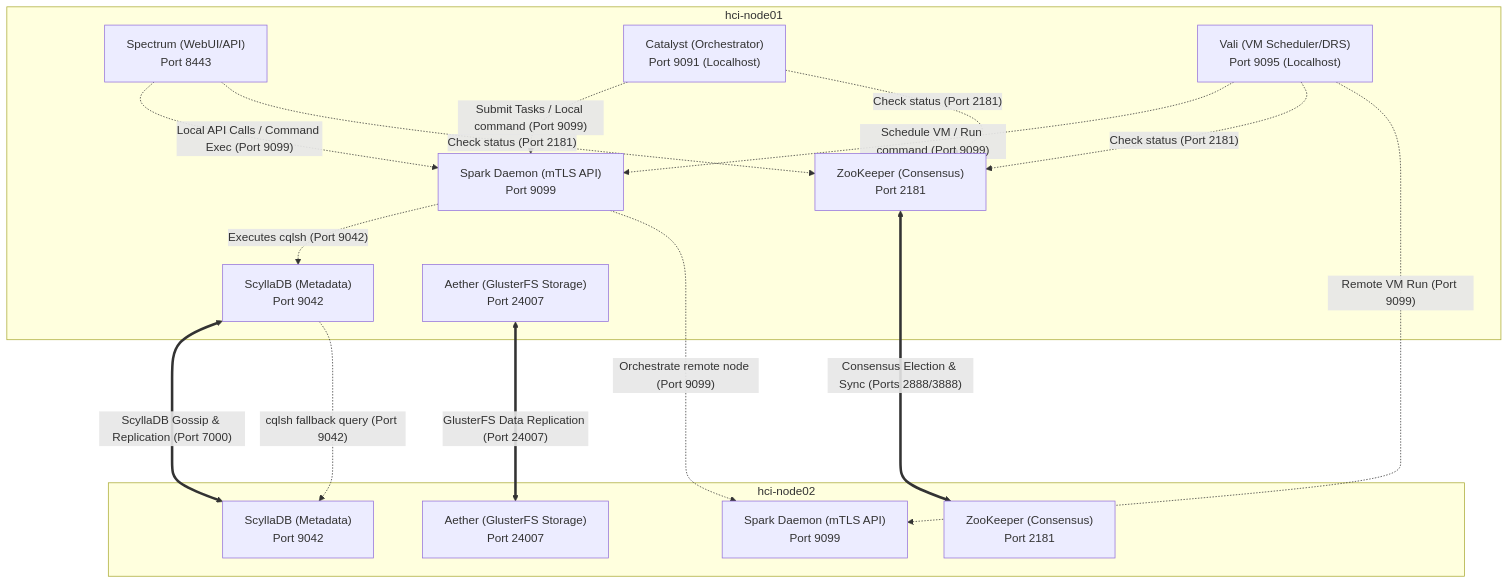
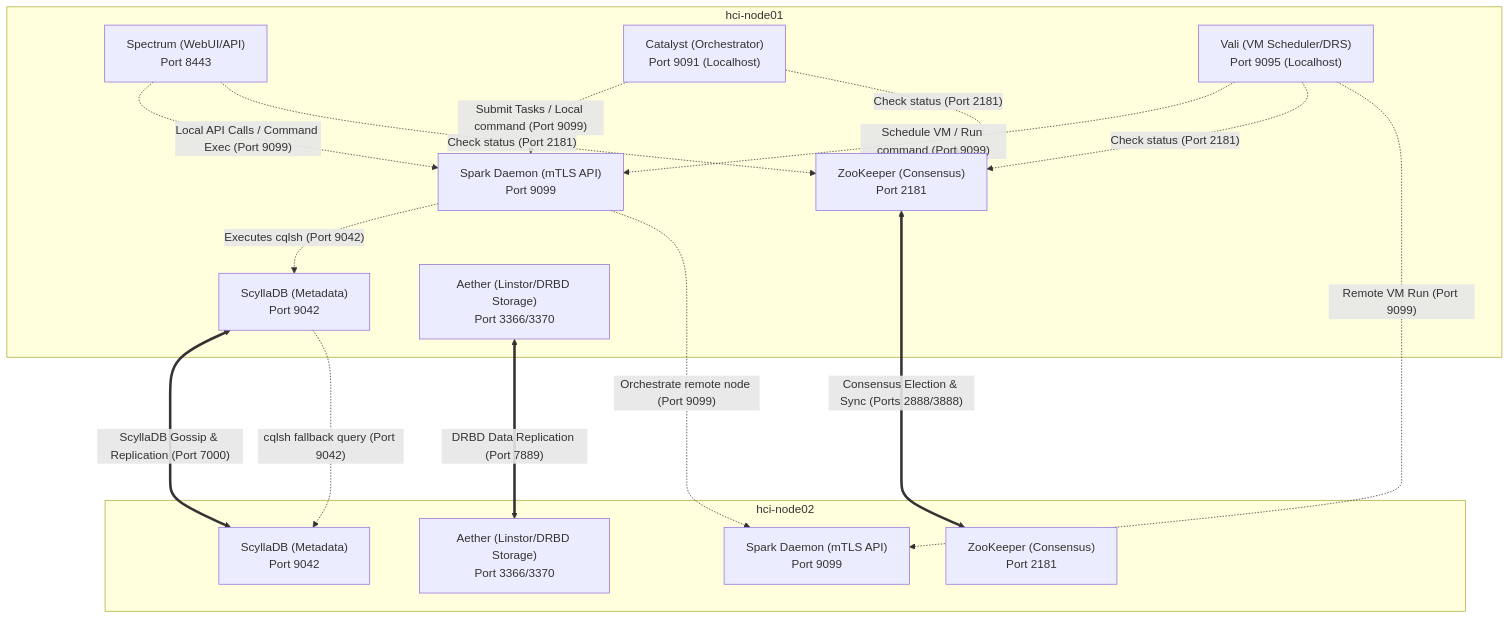
Before and after one commit to AuroraRyunix/Helios-HCI: the diagram in README.md, drawn with Mermaid. The commit also changed other lines of this file, not shown here.

Commit message:
docs: sync changes for README.md

````diff
--- a/README.md
+++ b/README.md
@@ -157,42 +157,42 @@
 ```mermaid
 flowchart TB
     subgraph Host1 [hci-node01]
         Spectrum1["Spectrum (WebUI/API)<br>Port 8443"]
         Catalyst1["Catalyst (Orchestrator)<br>Port 9091 (Localhost)"]
         Vali1["Vali (VM Scheduler/DRS)<br>Port 9095 (Localhost)"]
         Spark1["Spark Daemon (mTLS API)<br>Port 9099"]
         ZK1["ZooKeeper (Consensus)<br>Port 2181"]
         DB1["ScyllaDB (Metadata)<br>Port 9042"]
-        Aether1["Aether (GlusterFS Storage)<br>Port 24007"]
+        Aether1["Aether (Linstor/DRBD Storage)<br>Port 3366/3370"]
     end
 
     subgraph Host2 [hci-node02]
         Spark2["Spark Daemon (mTLS API)<br>Port 9099"]
         ZK2["ZooKeeper (Consensus)<br>Port 2181"]
         DB2["ScyllaDB (Metadata)<br>Port 9042"]
-        Aether2["Aether (GlusterFS Storage)<br>Port 24007"]
+        Aether2["Aether (Linstor/DRBD Storage)<br>Port 3366/3370"]
     end
 
     %% Internal service orchestration and query flows on Host1
     Spectrum1 -.->|"Local API Calls / Command Exec (Port 9099)"| Spark1
     Catalyst1 -.->|"Submit Tasks / Local command (Port 9099)"| Spark1
     Vali1 -.->|"Schedule VM / Run command (Port 9099)"| Spark1
     
     %% Direct TCP status checks
     Spectrum1 -.->|"Check status (Port 2181)"| ZK1
     Catalyst1 -.->|"Check status (Port 2181)"| ZK1
     Vali1 -.->|"Check status (Port 2181)"| ZK1
 
     %% Local database access via spark execution
     Spark1 -.->|"Executes cqlsh (Port 9042)"| DB1
 
     %% Inter-node replication and consensus (Cluster Mesh)
     DB1 <===>|"ScyllaDB Gossip & Replication (Port 7000)"| DB2
     ZK1 <===>|"Consensus Election & Sync (Ports 2888/3888)"| ZK2
-    Aether1 <===>|"GlusterFS Data Replication (Port 24007)"| Aether2
+    Aether1 <===>|"DRBD Data Replication (Port 7889)"| Aether2
 
     %% Remote orchestration and fallbacks
     Spark1 -.->|"Orchestrate remote node (Port 9099)"| Spark2
     Vali1 -.->|"Remote VM Run (Port 9099)"| Spark2
     DB1 -.->|"cqlsh fallback query (Port 9042)"| DB2
 ```
````
